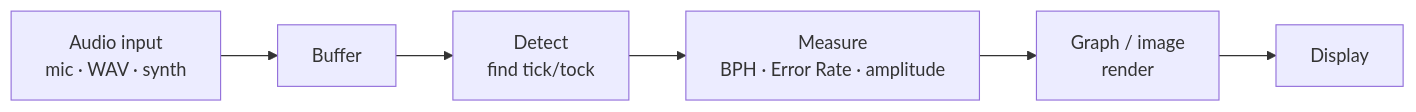
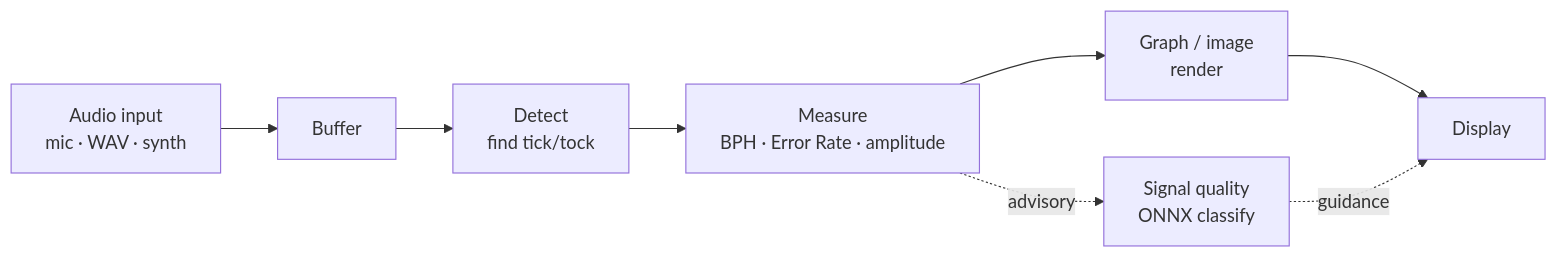
Before and after one commit to Jae-hong-5/TimeGrapher-Net: the second of 4 diagrams in README.md, drawn with Mermaid. The commit also changed other lines of this file, not shown here.

````diff
--- a/README.md
+++ b/README.md
@@ -159,8 +162,10 @@
 ```mermaid
 flowchart LR
     A["Audio input<br/>mic · WAV · synth"] --> B["Buffer"]
     B --> C["Detect<br/>find tick/tock"]
     C --> D["Measure<br/>BPH · Error Rate · amplitude"]
     D --> E["Graph / image<br/>render"]
     E --> F["Display"]
+    D -. advisory .-> Q["Signal quality<br/>ONNX classify"]
+    Q -. guidance .-> F
 ```
````
